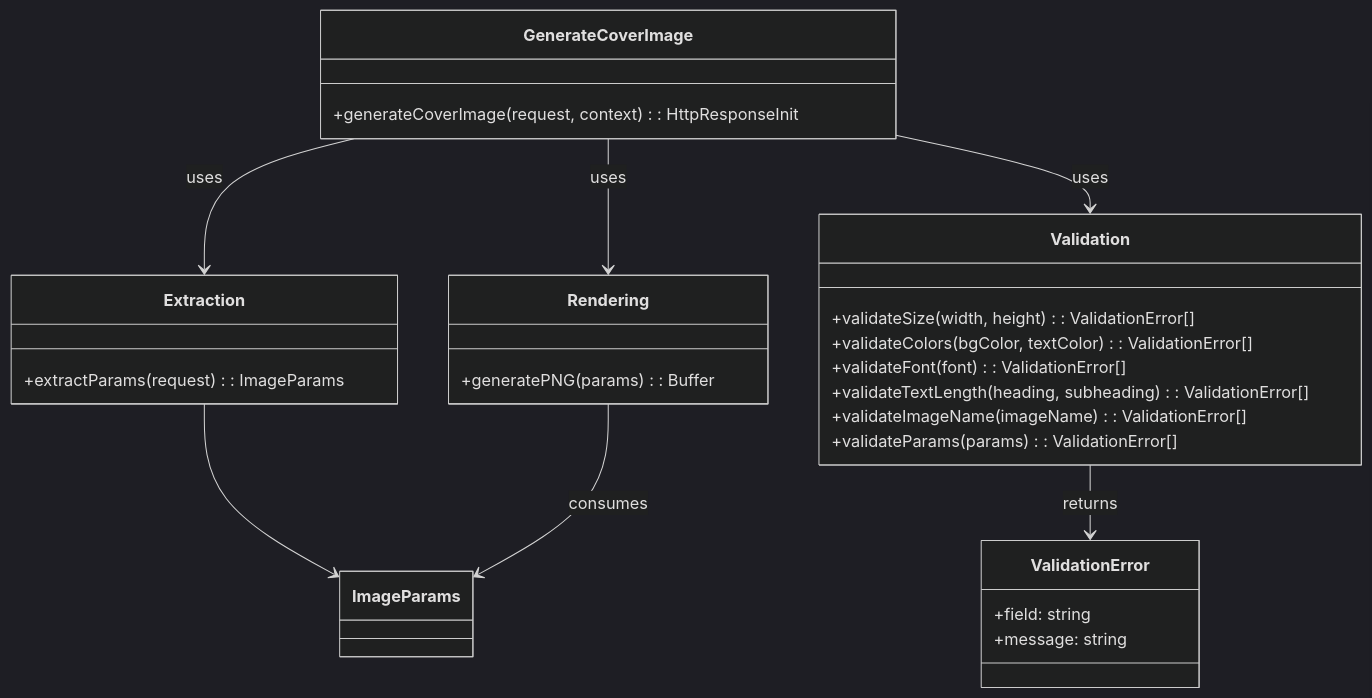
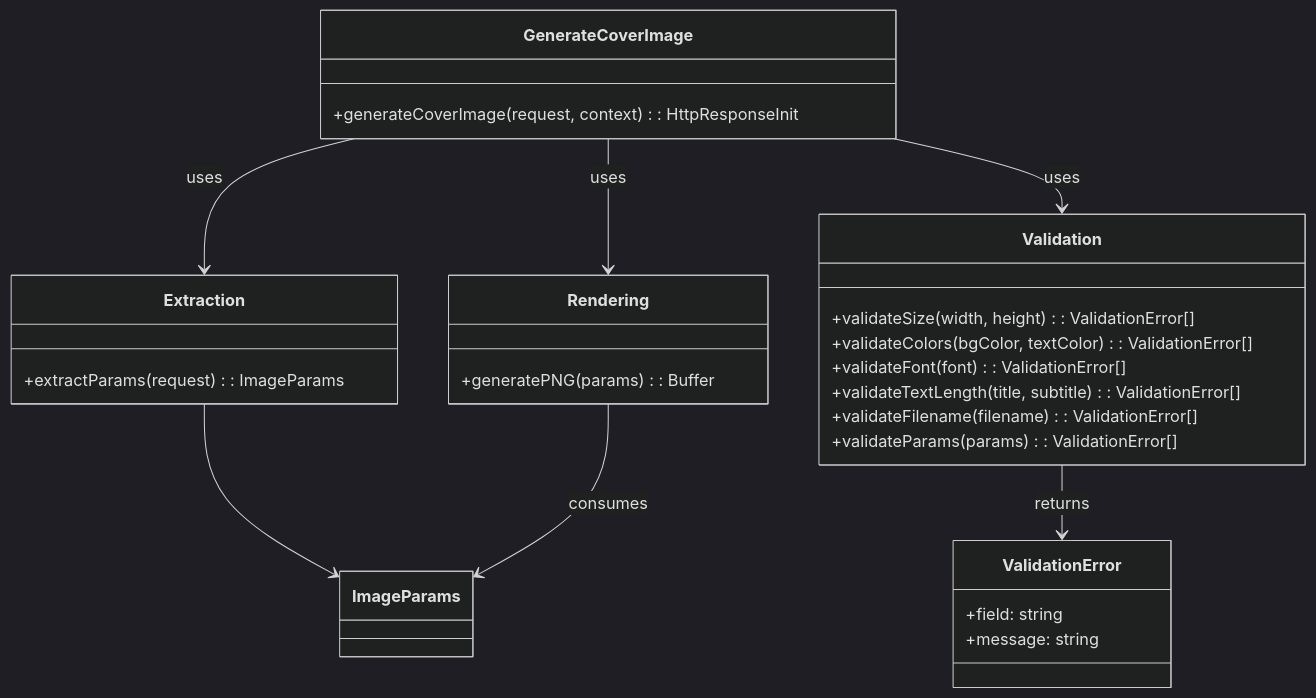
The second of 4 diagrams in docs/backend_architecture.md (victoriacheng15/cover-craft), drawn with Mermaid (dark theme) before and after one commit. The commit also changed other lines of this file and 2 other files, not shown here.

````diff
--- a/docs/backend_architecture.md
+++ b/docs/backend_architecture.md
@@ -87,35 +87,35 @@
 ```mermaid
 classDiagram
     class GenerateCoverImage {
         +generateCoverImage(request, context): HttpResponseInit
     }
 
     class Extraction {
         +extractParams(request): ImageParams
     }
 
     class Validation {
         +validateSize(width, height): ValidationError[]
         +validateColors(bgColor, textColor): ValidationError[]
         +validateFont(font): ValidationError[]
-        +validateTextLength(heading, subheading): ValidationError[]
-        +validateImageName(imageName): ValidationError[]
+        +validateTextLength(title, subtitle): ValidationError[]
+        +validateFilename(filename): ValidationError[]
         +validateParams(params): ValidationError[]
     }
 
     class Rendering {
         +generatePNG(params): Buffer
     }
 
     class ValidationError {
         +field: string
         +message: string
     }
 
     GenerateCoverImage --> Extraction : uses
     GenerateCoverImage --> Validation : uses
     GenerateCoverImage --> Rendering : uses
     Extraction --> ImageParams
     Validation --> ValidationError : returns
     Rendering --> ImageParams : consumes
 ```
````
